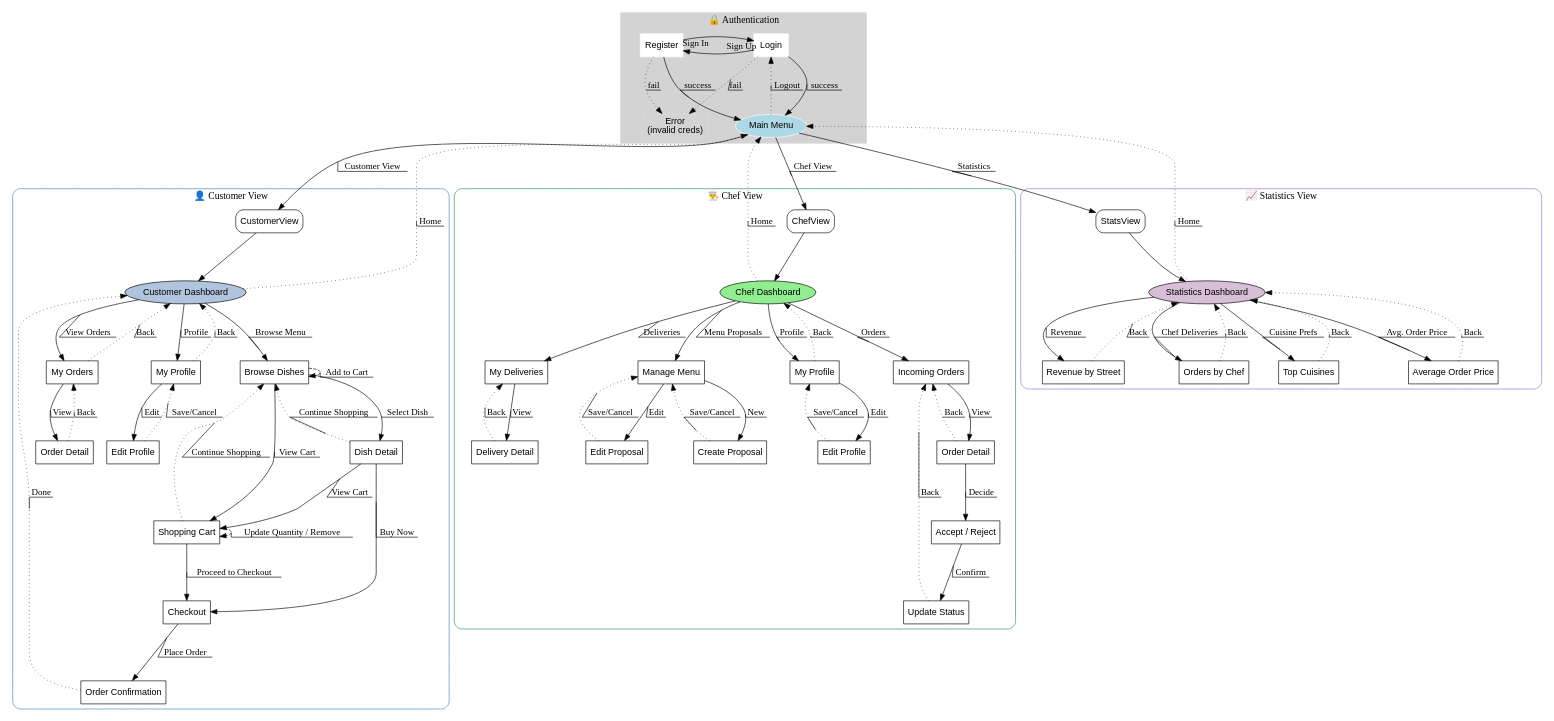
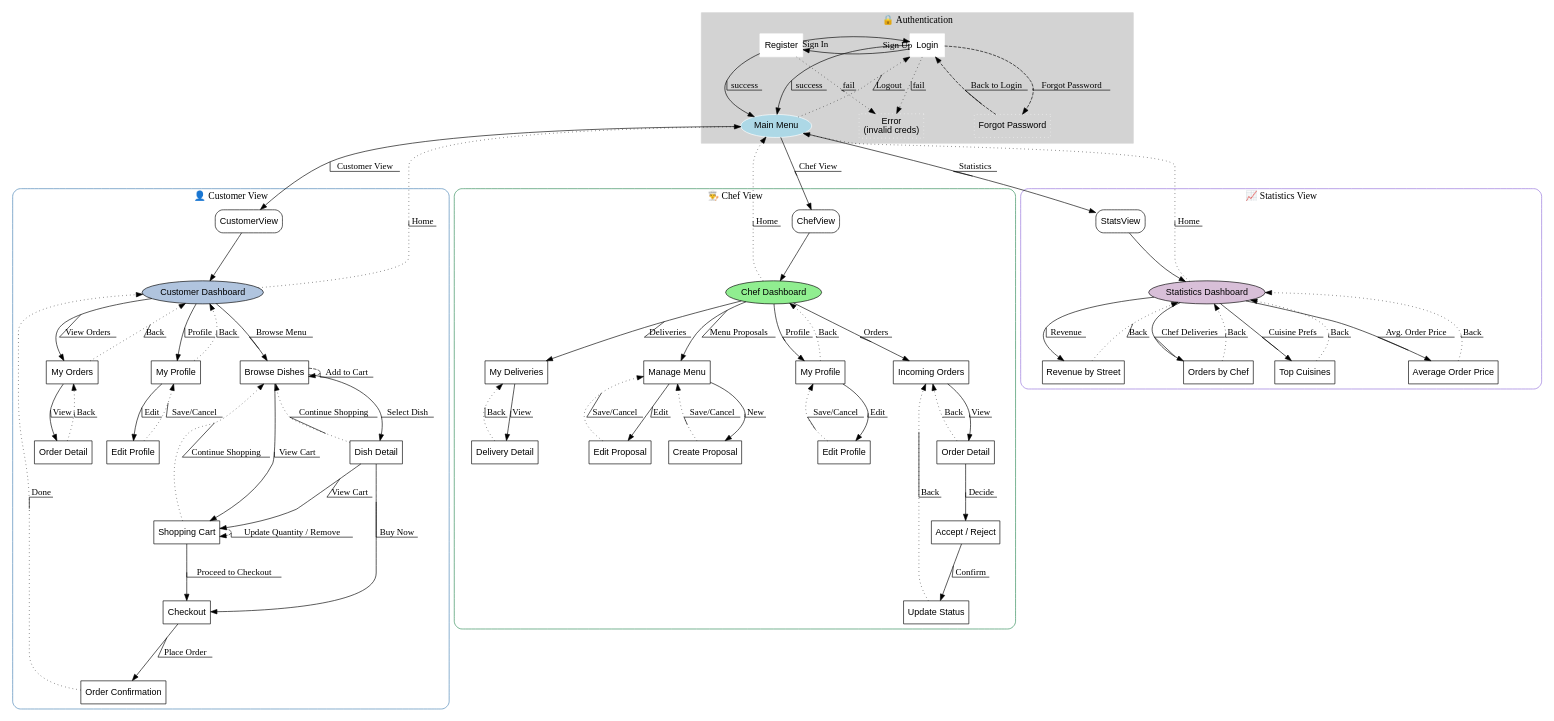
The diagram in docs/LivInParisFrontEndArchi.dot (aust-1/LivInParis), drawn with Graphviz before and after one commit. The commit also changed 36 other files, not shown here.

```diff
--- a/docs/LivInParisFrontEndArchi.dot
+++ b/docs/LivInParisFrontEndArchi.dot
@@ -1,149 +1,152 @@
 digraph LivInParisFrontend {
     graph [fontsize=15];
     node [shape=box, style=rounded, fontname="Arial"];
     edge [minlen=2, decorate=true];
 
     /* --- AUTHENTICATION CLUSTER --- */
     subgraph cluster_auth {
         label="🔒 Authentication";
         style=filled;color=lightgrey;node [style=filled,color=white];
-        Login       [label="Login"];
-        Register    [label="Register"];
-        MainMenu    [shape=ellipse, style=filled, fillcolor=lightblue, label="Main Menu"];
-        ErrorPage   [label="Error\n(invalid creds)", style="dotted"];
+        Login           [label="Login"];
+        Register        [label="Register"];
+        MainMenu        [shape=ellipse, style=filled, fillcolor=lightblue, label="Main Menu"];
+        ErrorPage       [label="Error\n(invalid creds)", style="dotted"];
+        ForgotPassword  [label="Forgot Password", style=dotted];
 
-        Login -> MainMenu      [label="success"];
-        Login -> ErrorPage     [label="fail", style=dotted];
-        Login -> Register      [taillabel="Sign Up", constraint=false, labeldistance=2];
-        Register -> MainMenu   [label="success"];
-        Register -> ErrorPage  [label="fail", style=dotted];
-        Register -> Login      [taillabel="Sign In", constraint=false, labeldistance=2];
+        Login -> MainMenu       [label="success"];
+        Login -> ErrorPage      [label="fail", style=dotted];
+        Login -> Register       [taillabel="Sign Up", constraint=false, labeldistance=2];
+        Login -> ForgotPassword [label="Forgot Password", style=dashed];
+        ForgotPassword -> Login [label="Back to Login", style=dashed];
+        Register -> MainMenu    [label="success"];
+        Register -> ErrorPage   [label="fail", style=dotted];
+        Register -> Login       [taillabel="Sign In", constraint=false, labeldistance=2];
     }
 
     /* --- MAIN MENU --- */
     MainMenu -> CustomerView    [label="Customer View"];
     MainMenu -> ChefView        [label="Chef View"];
     MainMenu -> StatsView       [label="Statistics"];
     MainMenu -> Login           [label="Logout", style="dotted"];
 
     /* --- CUSTOMER VIEW CLUSTER --- */
     subgraph cluster_customer {
         label="👤 Customer View";
         style=rounded;color=steelblue;node [style=filled,fillcolor=white];
 
         CustomerDashboard    [shape=ellipse, style=filled, fillcolor=lightsteelblue, label="Customer Dashboard"];
         BrowseDishes         [label="Browse Dishes"];
         DishDetail           [label="Dish Detail"];
         Cart                 [label="Shopping Cart"];
         Checkout             [label="Checkout"];
         OrderConfirmation    [label="Order Confirmation"];
         MyOrders             [label="My Orders"];
         OrderDetail_C        [label="Order Detail"];
         Profile_C            [label="My Profile"];
         EditProfile_C        [label="Edit Profile"];
 
         /* navigation */
         CustomerView -> CustomerDashboard;
         CustomerDashboard -> BrowseDishes    [label="Browse Menu"];
         CustomerDashboard -> MyOrders        [label="View Orders"];
         CustomerDashboard -> Profile_C       [label="Profile"];
         DishDetail -> BrowseDishes          [label="Continue Shopping", style=dotted];
         MyOrders -> CustomerDashboard       [label="Back", style=dotted];
         Profile_C -> CustomerDashboard      [label="Back", style=dotted];
 
         // Direct add to cart and checkout from the list
         BrowseDishes -> BrowseDishes [label="Add to Cart", style=dashed];
         BrowseDishes -> Cart [label="View Cart"];
         Cart -> BrowseDishes                [label="Continue Shopping", style=dotted];
 
         // Detail view: can pay or go back to list
         DishDetail -> Checkout [label="Buy Now"];
         BrowseDishes -> DishDetail          [label="Select Dish"];
         DishDetail -> Cart          [label="View Cart"];
 
         // Cart navigation
         Cart -> Checkout                    [label="Proceed to Checkout"];
         Cart -> Cart [label="Update Quantity / Remove", style=dashed];
 
         MyOrders -> OrderDetail_C           [label="View"];
         OrderDetail_C -> MyOrders           [label="Back", style=dotted];
 
         Profile_C -> EditProfile_C          [label="Edit"];
         EditProfile_C -> Profile_C          [label="Save/Cancel", style=dotted];
 
         Checkout -> OrderConfirmation           [label="Place Order"];
         OrderConfirmation -> CustomerDashboard  [label="Done", style=dotted];
 
         CustomerDashboard -> MainMenu       [label="Home", style=dotted];
     }
 
     /* --- CHEF VIEW CLUSTER --- */
     subgraph cluster_chef {
         label="👨‍🍳 Chef View";
         style=rounded;color=seagreen;node [style=filled,fillcolor=white];
 
         ChefDashboard       [shape=ellipse, style=filled, fillcolor=lightgreen, label="Chef Dashboard"];
         ManageMenu          [label="Manage Menu"];
         CreateProposal      [label="Create Proposal"];
         EditProposal        [label="Edit Proposal"];
         IncomingOrders      [label="Incoming Orders"];
         OrderDetail_H       [label="Order Detail"];
         AcceptRejectOrder   [label="Accept / Reject"];
         UpdateStatus        [label="Update Status"];
         MyDeliveries        [label="My Deliveries"];
         DeliveryDetail      [label="Delivery Detail"];
         Profile_H           [label="My Profile"];
         EditProfile_H       [label="Edit Profile"];
 
         /* navigation */
         ChefView -> ChefDashboard;
         ChefDashboard -> ManageMenu        [label="Menu Proposals"];
         ManageMenu -> CreateProposal       [label="New"];
         ManageMenu -> EditProposal         [label="Edit"];
         CreateProposal -> ManageMenu       [label="Save/Cancel", style=dotted];
         EditProposal -> ManageMenu         [label="Save/Cancel", style=dotted];
 
         ChefDashboard -> IncomingOrders    [label="Orders"];
         IncomingOrders -> OrderDetail_H    [label="View"];
         OrderDetail_H -> AcceptRejectOrder [label="Decide"];
         AcceptRejectOrder -> UpdateStatus  [label="Confirm"];
         UpdateStatus -> IncomingOrders     [label="Back", style=dotted];
         OrderDetail_H -> IncomingOrders    [label="Back", style=dotted];
 
         ChefDashboard -> MyDeliveries      [label="Deliveries"];
         MyDeliveries -> DeliveryDetail     [label="View"];
         DeliveryDetail -> MyDeliveries     [label="Back", style=dotted];
 
         ChefDashboard -> Profile_H         [label="Profile"];
         Profile_H -> EditProfile_H         [label="Edit"];
         EditProfile_H -> Profile_H         [label="Save/Cancel", style=dotted];
         Profile_H -> ChefDashboard         [label="Back", style=dotted];
 
         ChefDashboard -> MainMenu          [label="Home", style=dotted];
     }
 
     /* --- STATISTICS VIEW CLUSTER --- */
     subgraph cluster_stats {
         label="📈 Statistics View";
         style=rounded;color=mediumpurple;node [style=filled,fillcolor=white];
 
         StatsDashboard     [shape=ellipse, style=filled, fillcolor=thistle, label="Statistics Dashboard"];
         StatsOrdersByChef  [label="Orders by Chef"];
         StatsRevenue       [label="Revenue by Street"];
         StatsAverages      [label="Average Order Price"];
         StatsCuisine       [label="Top Cuisines"];
 
         StatsView -> StatsDashboard;
         StatsDashboard -> StatsOrdersByChef  [label="Chef Deliveries"];
         StatsDashboard -> StatsRevenue       [label="Revenue"];
         StatsDashboard -> StatsAverages      [label="Avg. Order Price"];
         StatsDashboard -> StatsCuisine       [label="Cuisine Prefs"];
 
         StatsOrdersByChef -> StatsDashboard  [label="Back", style=dotted];
         StatsRevenue      -> StatsDashboard  [label="Back", style=dotted];
         StatsAverages     -> StatsDashboard  [label="Back", style=dotted];
         StatsCuisine      -> StatsDashboard  [label="Back", style=dotted];
 
         StatsDashboard -> MainMenu           [label="Home", style=dotted];
     }
 }
```
